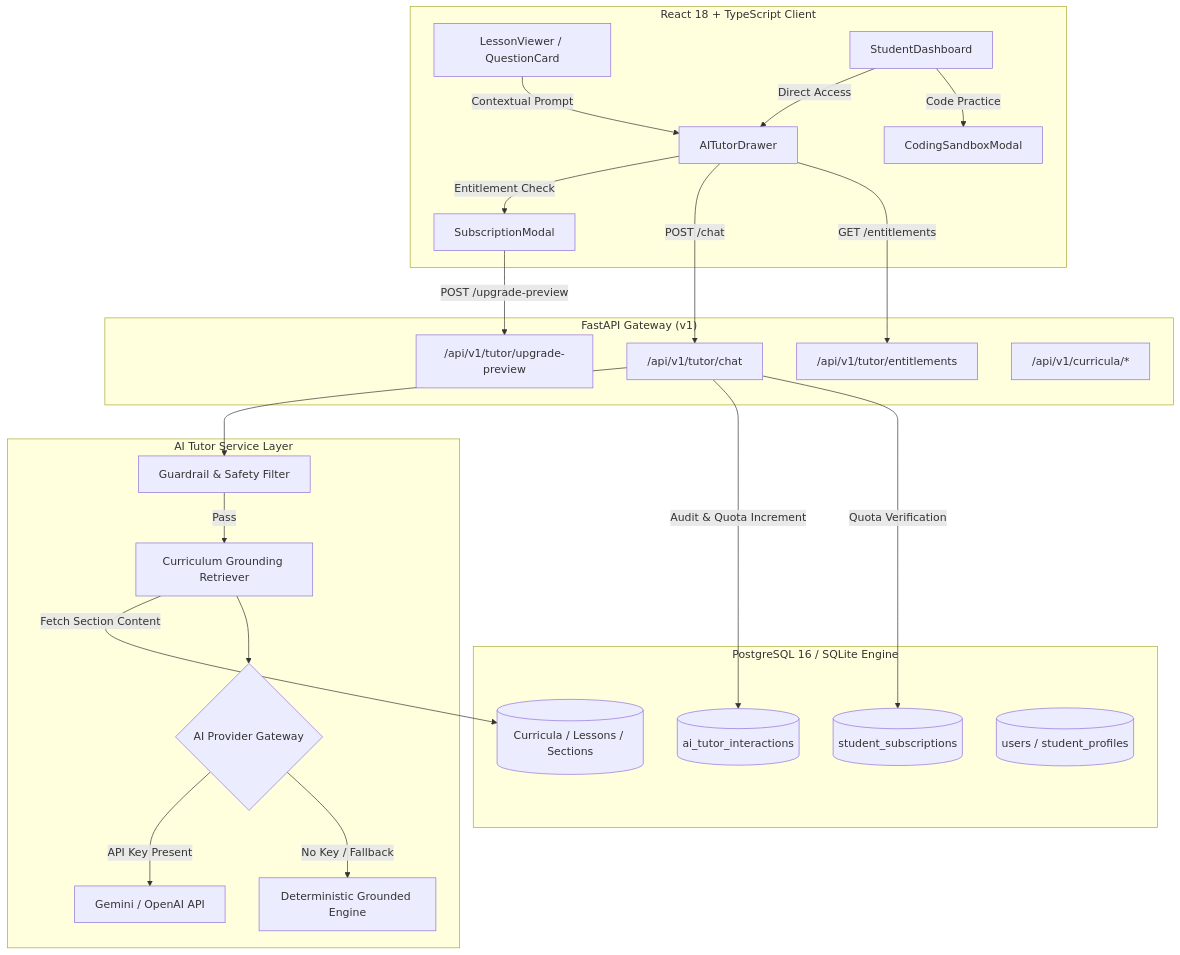
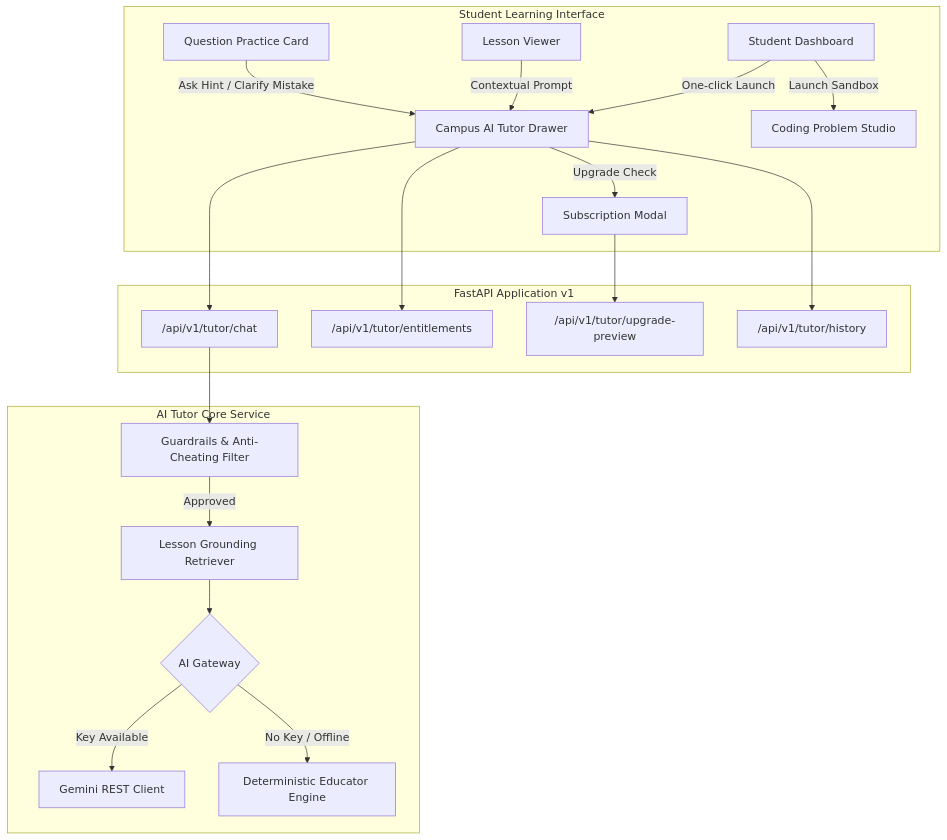
The diagram in docs/MILESTONE_D_AI_LEARNING_IMPLEMENTATION_REPORT.md (Rasagna8412/Project_Campus), drawn with Mermaid before and after one commit. The commit also changed other lines of this file, not shown here.

````diff
--- a/docs/MILESTONE_D_AI_LEARNING_IMPLEMENTATION_REPORT.md
+++ b/docs/MILESTONE_D_AI_LEARNING_IMPLEMENTATION_REPORT.md
@@ -38,52 +79,43 @@
 ```mermaid
 flowchart TD
-    subgraph Frontend["React 18 + TypeScript Client"]
-        LV["LessonViewer / QuestionCard"]
-        SD["StudentDashboard"]
-        AID["AITutorDrawer"]
-        CSM["CodingSandboxModal"]
-        SUB["SubscriptionModal"]
+    subgraph UI["Student Learning Interface"]
+        DASH["Student Dashboard"]
+        LESSON["Lesson Viewer"]
+        PRACTICE["Question Practice Card"]
+        DRAWER["Campus AI Tutor Drawer"]
+        SANDBOX["Coding Problem Studio"]
+        SUB_MODAL["Subscription Modal"]
     end
 
-    subgraph API["FastAPI Gateway (v1)"]
-        TUTOR_EP["/api/v1/tutor/chat"]
-        ENT_EP["/api/v1/tutor/entitlements"]
-        UPG_EP["/api/v1/tutor/upgrade-preview"]
-        CURR_EP["/api/v1/curricula/*"]
+    subgraph API["FastAPI Application v1"]
+        TUTOR_API["/api/v1/tutor/chat"]
+        ENT_API["/api/v1/tutor/entitlements"]
+        UPG_API["/api/v1/tutor/upgrade-preview"]
+        HIST_API["/api/v1/tutor/history"]
     end
 
-    subgraph Service["AI Tutor Service Layer"]
-        GUARD["Guardrail & Safety Filter"]
-        GROUND["Curriculum Grounding Retriever"]
-        GATEWAY{"AI Provider Gateway"}
-        EXT_API["Gemini / OpenAI API"]
-        DET_ENG["Deterministic Grounded Engine"]
+    subgraph Core["AI Tutor Core Service"]
+        SAFETY["Guardrails & Anti-Cheating Filter"]
+        RETRIEVER["Lesson Grounding Retriever"]
+        GATEWAY{"AI Gateway"}
+        GEMINI["Gemini REST Client"]
+        DETERMINISTIC["Deterministic Educator Engine"]
     end
 
-    subgraph Persistence["PostgreSQL 16 / SQLite Engine"]
-        CURR_TBL[("Curricula / Lessons / Sections")]
-        AI_TBL[("ai_tutor_interactions")]
-        SUB_TBL[("student_subscriptions")]
-        USER_TBL[("users / student_profiles")]
-    end
+    DASH -->|One-click Launch| DRAWER
+    LESSON -->|Contextual Prompt| DRAWER
+    PRACTICE -->|Ask Hint / Clarify Mistake| DRAWER
+    DASH -->|Launch Sandbox| SANDBOX
+    DRAWER -->|Upgrade Check| SUB_MODAL
 
-    LV -->|Contextual Prompt| AID
-    SD -->|Direct Access| AID
-    SD -->|Code Practice| CSM
-    AID -->|Entitlement Check| SUB
+    DRAWER --> TUTOR_API
+    DRAWER --> ENT_API
+    SUB_MODAL --> UPG_API
+    DRAWER --> HIST_API
 
-    AID -->|POST /chat| TUTOR_EP
-    AID -->|GET /entitlements| ENT_EP
-    SUB -->|POST /upgrade-preview| UPG_EP
-
-    TUTOR_EP --> GUARD
-    GUARD -->|Pass| GROUND
-    GROUND -->|Fetch Section Content| CURR_TBL
-    GROUND --> GATEWAY
-
-    GATEWAY -->|API Key Present| EXT_API
-    GATEWAY -->|No Key / Fallback| DET_ENG
-
-    TUTOR_EP -->|Audit & Quota Increment| AI_TBL
-    TUTOR_EP -->|Quota Verification| SUB_TBL
+    TUTOR_API --> SAFETY
+    SAFETY -->|Approved| RETRIEVER
+    RETRIEVER --> GATEWAY
+    GATEWAY -->|Key Available| GEMINI
+    GATEWAY -->|No Key / Offline| DETERMINISTIC
 ```
````
